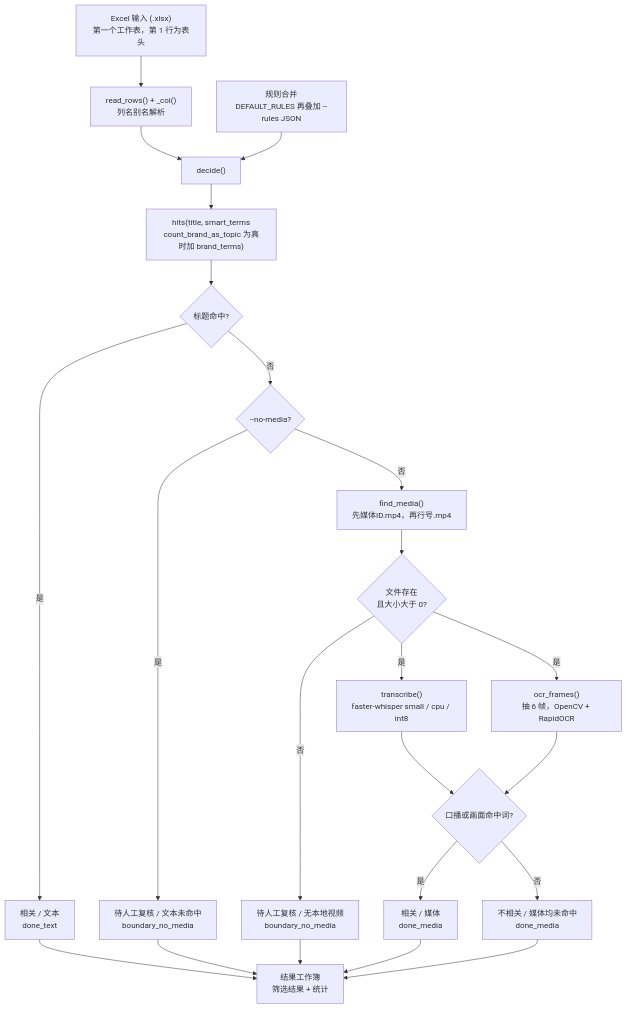
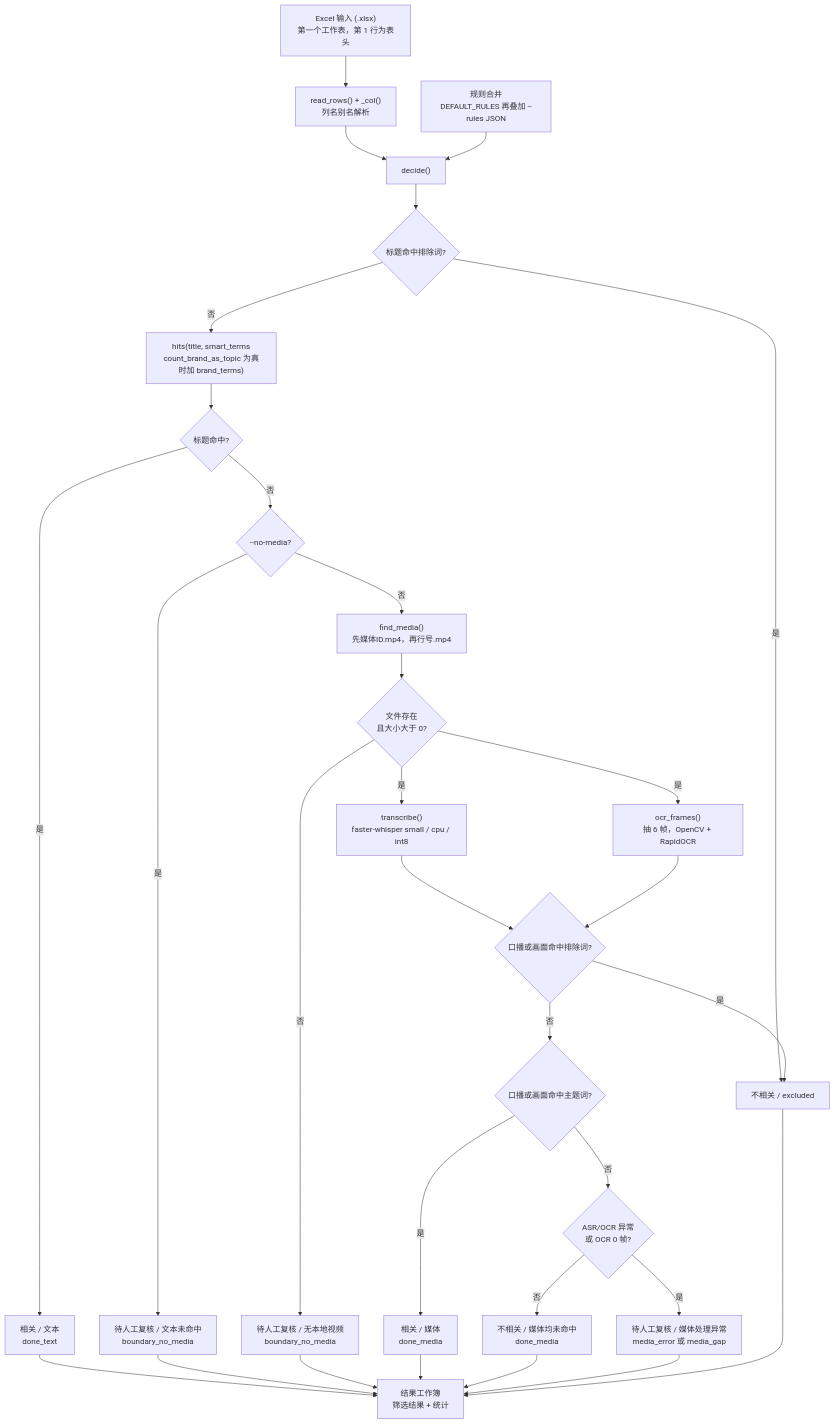
One commit to Ethan-upgrade/sv-topic-screener changed the first of 6 diagrams in README.zh-CN.md. Above: the diagram before and after it, drawn with Mermaid. The commit also changed other lines of this file and 4 other files, not shown here.

````diff
--- a/README.zh-CN.md
+++ b/README.zh-CN.md
@@ -82,41 +87,54 @@
 ```mermaid
 flowchart TD
     IN["Excel 输入 (.xlsx)<br/>第一个工作表，第 1 行为表头"]
     READ["read_rows() + _col()<br/>列名别名解析"]
     RULES["规则合并<br/>DEFAULT_RULES 再叠加 --rules JSON"]
     DEC["decide()"]
+    EX{"标题命中排除词?"}
     TXT["hits(title, smart_terms<br/>count_brand_as_topic 为真时加 brand_terms)"]
     T1{"标题命中?"}
     NM{"--no-media?"}
     FM["find_media()<br/>先媒体ID.mp4，再行号.mp4"]
     V1{"文件存在<br/>且大小大于 0?"}
     ASR["transcribe()<br/>faster-whisper small / cpu / int8"]
     OCR["ocr_frames()<br/>抽 6 帧，OpenCV + RapidOCR"]
-    MH{"口播或画面命中词?"}
+    MEX{"口播或画面命中排除词?"}
+    MH{"口播或画面命中主题词?"}
+    ERR{"ASR/OCR 异常<br/>或 OCR 0 帧?"}
+    RX["不相关 / excluded"]
     R1["相关 / 文本<br/>done_text"]
     R2["待人工复核 / 文本未命中<br/>boundary_no_media"]
     R3["待人工复核 / 无本地视频<br/>boundary_no_media"]
     R4["相关 / 媒体<br/>done_media"]
     R5["不相关 / 媒体均未命中<br/>done_media"]
+    R6["待人工复核 / 媒体处理异常<br/>media_error 或 media_gap"]
     OUT["结果工作簿<br/>筛选结果 + 统计"]
 
     IN --> READ --> DEC
     RULES --> DEC
-    DEC --> TXT --> T1
+    DEC --> EX
+    EX -- 是 --> RX
+    EX -- 否 --> TXT --> T1
     T1 -- 是 --> R1
     T1 -- 否 --> NM
     NM -- 是 --> R2
     NM -- 否 --> FM --> V1
     V1 -- 否 --> R3
     V1 -- 是 --> ASR
     V1 -- 是 --> OCR
-    ASR --> MH
-    OCR --> MH
+    ASR --> MEX
+    OCR --> MEX
+    MEX -- 是 --> RX
+    MEX -- 否 --> MH
     MH -- 是 --> R4
-    MH -- 否 --> R5
+    MH -- 否 --> ERR
+    ERR -- 是 --> R6
+    ERR -- 否 --> R5
     R1 --> OUT
     R2 --> OUT
     R3 --> OUT
     R4 --> OUT
     R5 --> OUT
+    R6 --> OUT
+    RX --> OUT
 ```
````
